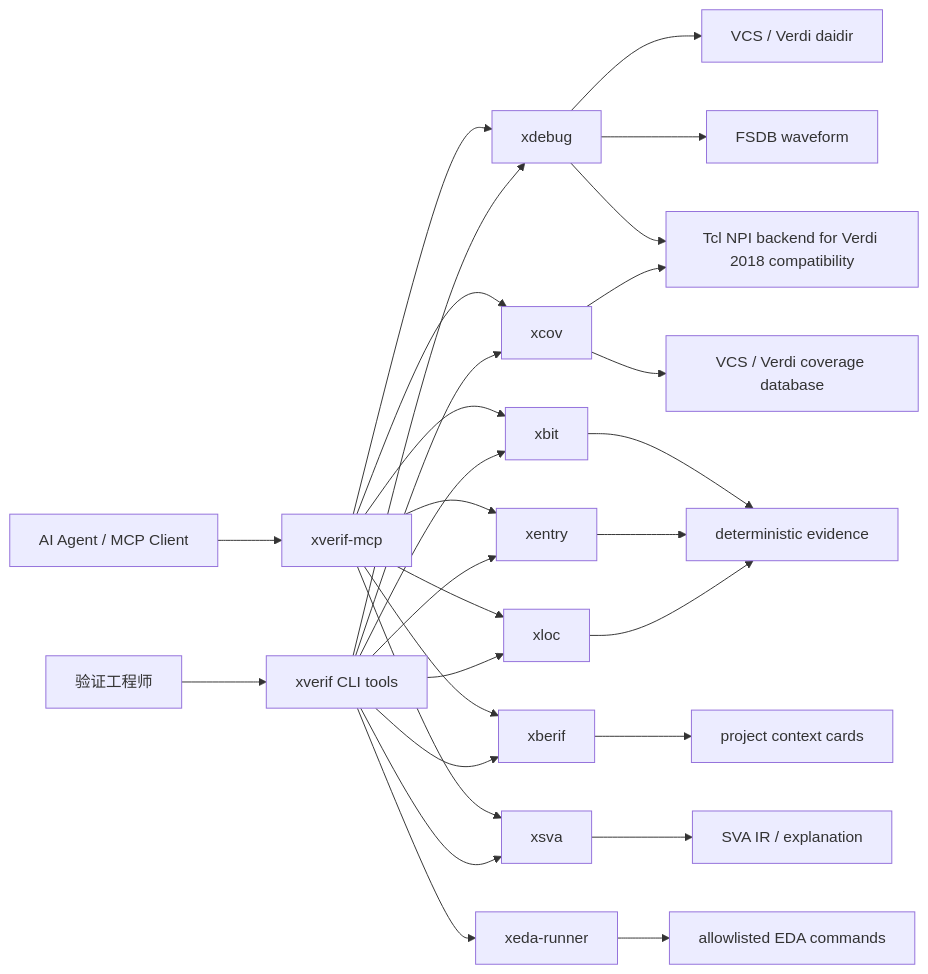
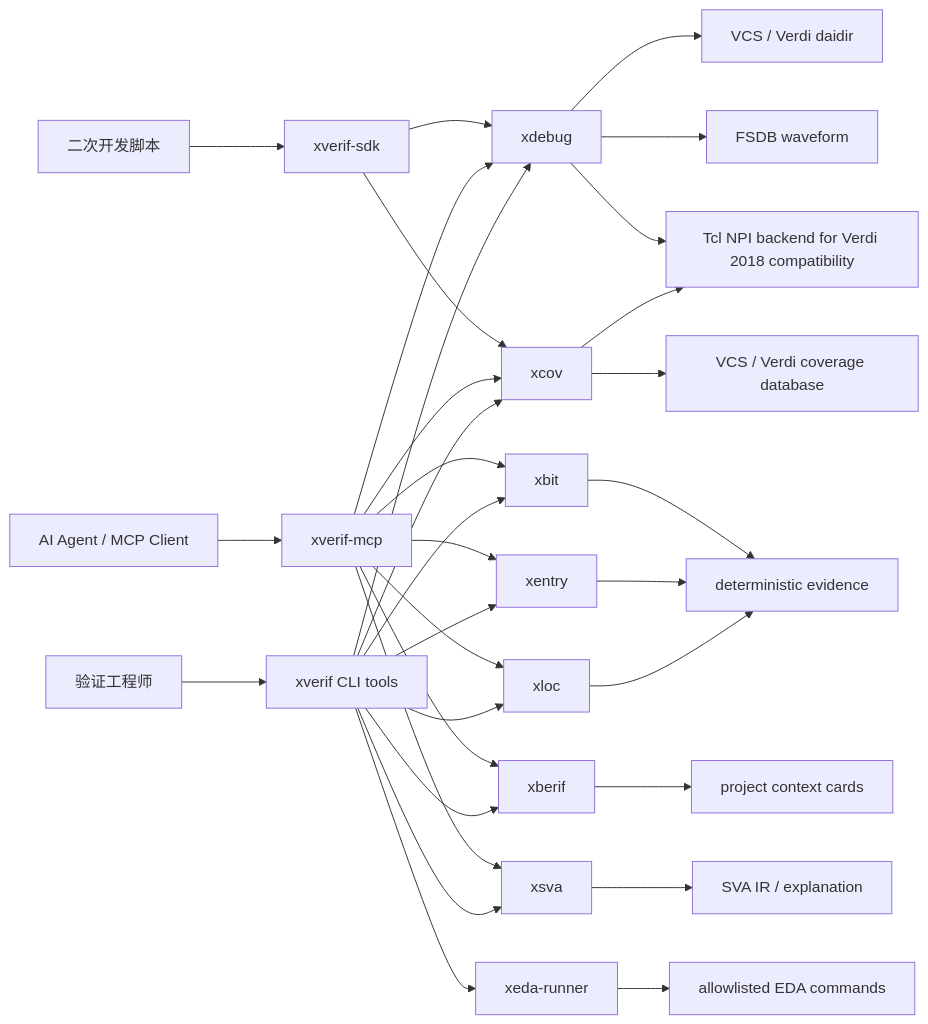
The first of 6 diagrams in README.md (ysyx-22040210-yudian/xverif), drawn with Mermaid before and after one commit. The commit also changed other lines of this file and 33 other files, not shown here.

````diff
--- a/README.md
+++ b/README.md
@@ -32,35 +33,39 @@
 ```mermaid
 flowchart LR
     User["验证工程师"] --> CLI["xverif CLI tools"]
+    Developer["二次开发脚本"] --> SDK["xverif-sdk"]
     Agent["AI Agent / MCP Client"] --> MCP["xverif-mcp"]
+
+    SDK --> XDEBUG
+    SDK --> XCOV
 
     MCP --> XDEBUG["xdebug"]
     MCP --> XCOV["xcov"]
     MCP --> XBIT["xbit"]
     MCP --> XENTRY["xentry"]
     MCP --> XLOC["xloc"]
     MCP --> XBERIF["xberif"]
     MCP --> XSVA["xsva"]
 
     CLI --> XDEBUG
     CLI --> XCOV
     CLI --> XBIT
     CLI --> XENTRY
     CLI --> XLOC
     CLI --> XBERIF
     CLI --> XSVA
     CLI --> XEDA["xeda-runner"]
 
     XDEBUG --> RTLDB["VCS / Verdi daidir"]
     XDEBUG --> FSDB["FSDB waveform"]
     XDEBUG --> TCL["Tcl NPI backend for Verdi 2018 compatibility"]
     XCOV --> VDB["VCS / Verdi coverage database"]
     XCOV --> TCL
     XEDA --> EDA["allowlisted EDA commands"]
 
     XBIT --> FACTS["deterministic evidence"]
     XENTRY --> FACTS
     XLOC --> FACTS
     XBERIF --> CONTEXT["project context cards"]
     XSVA --> IR["SVA IR / explanation"]
 ```
````
